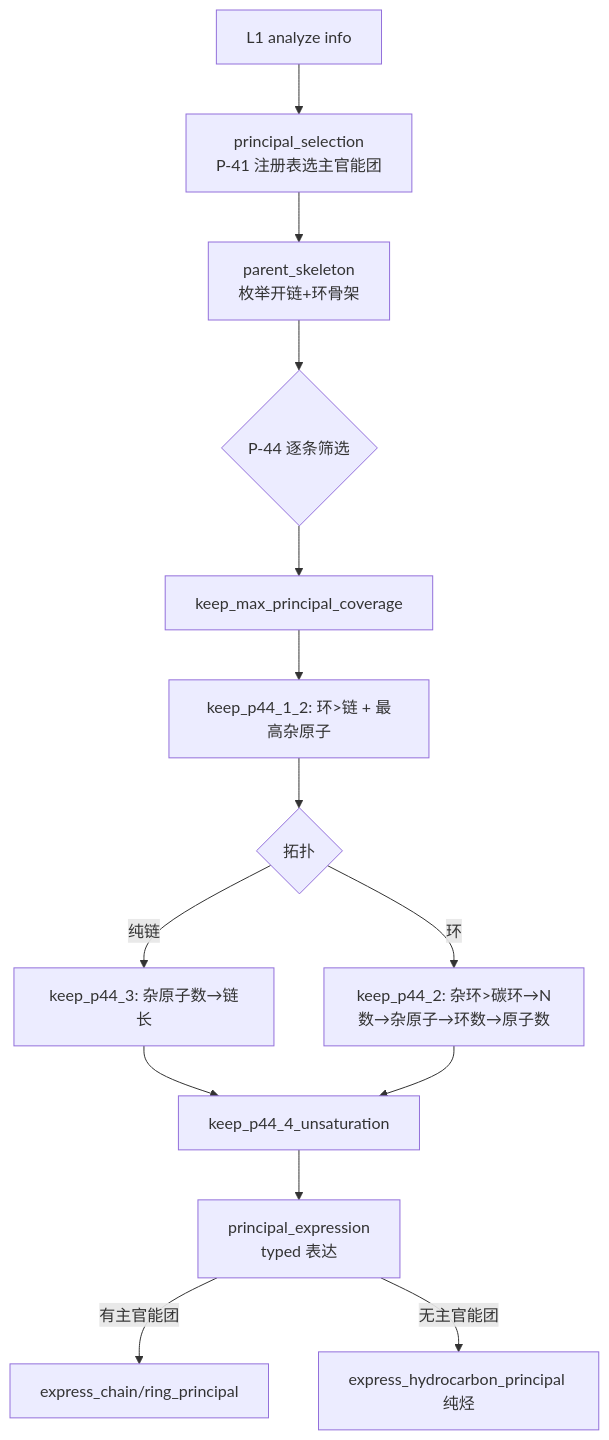
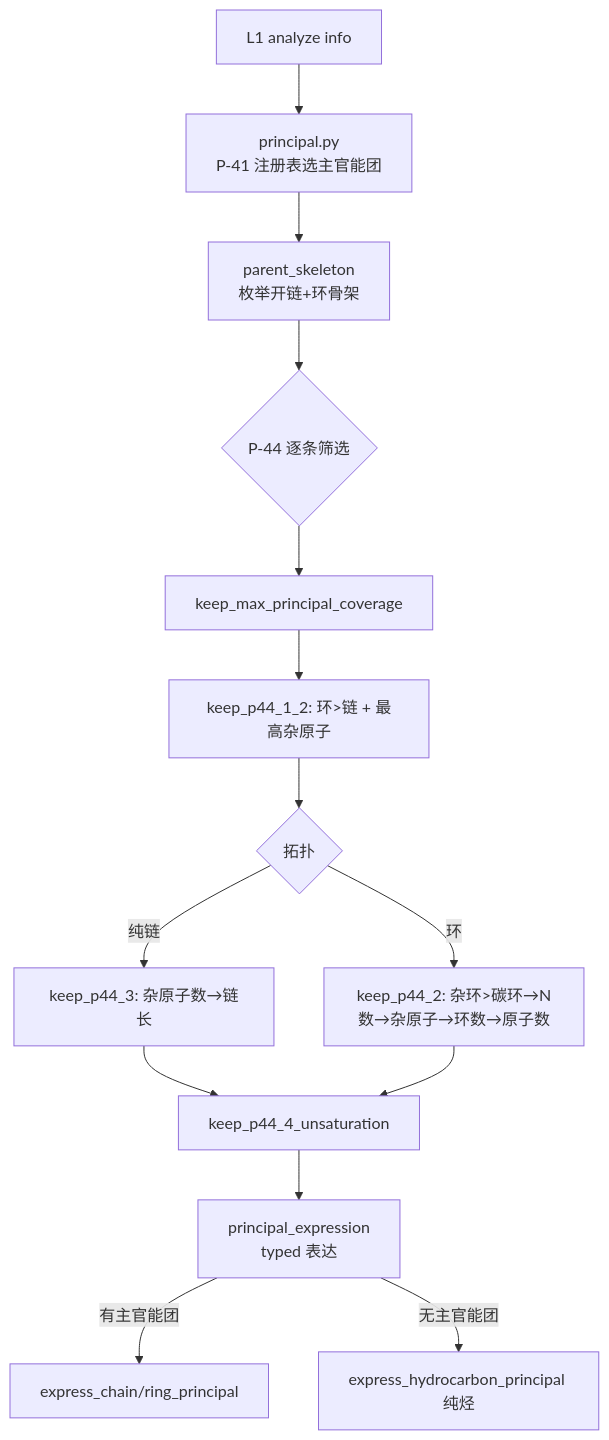
Before and after one commit to zouxiaofei1/OpenSMILES: the first of 6 diagrams in docs/wiki/architecture/layer2-parent-selector.md, drawn with Mermaid. The commit also changed other lines of this file and 9 other files, not shown here.

````diff
--- a/docs/wiki/architecture/layer2-parent-selector.md
+++ b/docs/wiki/architecture/layer2-parent-selector.md
@@ -52,16 +53,16 @@
 ```mermaid
 flowchart TD
-    A[L1 analyze info] --> B[principal_selection<br/>P-41 注册表选主官能团]
+    A[L1 analyze info] --> B[principal.py<br/>P-41 注册表选主官能团]
     B --> C[parent_skeleton<br/>枚举开链+环骨架]
     C --> D{P-44 逐条筛选}
     D --> D1[keep_max_principal_coverage]
     D1 --> D2[keep_p44_1_2: 环>链 + 最高杂原子]
     D2 --> D3{拓扑}
     D3 -->|纯链| D4[keep_p44_3: 杂原子数→链长]
     D3 -->|环| D5[keep_p44_2: 杂环>碳环→N数→杂原子→环数→原子数]
     D4 --> D6[keep_p44_4_unsaturation]
     D5 --> D6
     D6 --> E[principal_expression<br/>typed 表达]
     E -->|有主官能团| F[express_chain/ring_principal]
     E -->|无主官能团| G[express_hydrocarbon_principal 纯烃]
 ```
````
